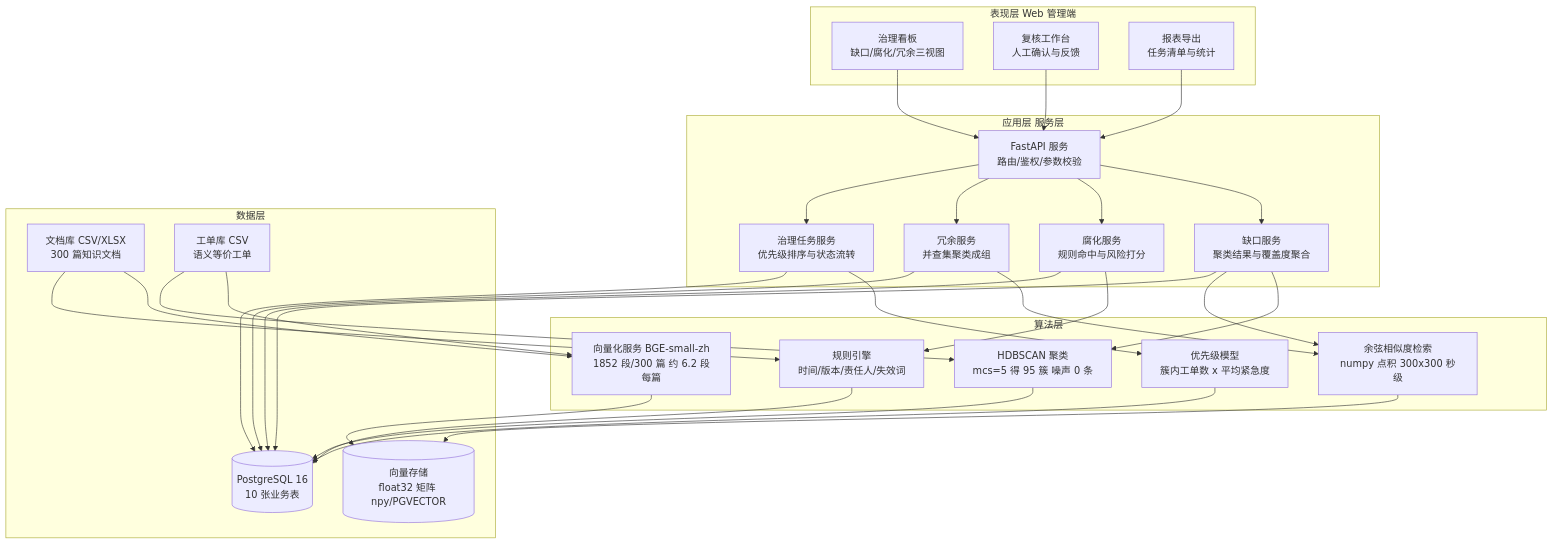
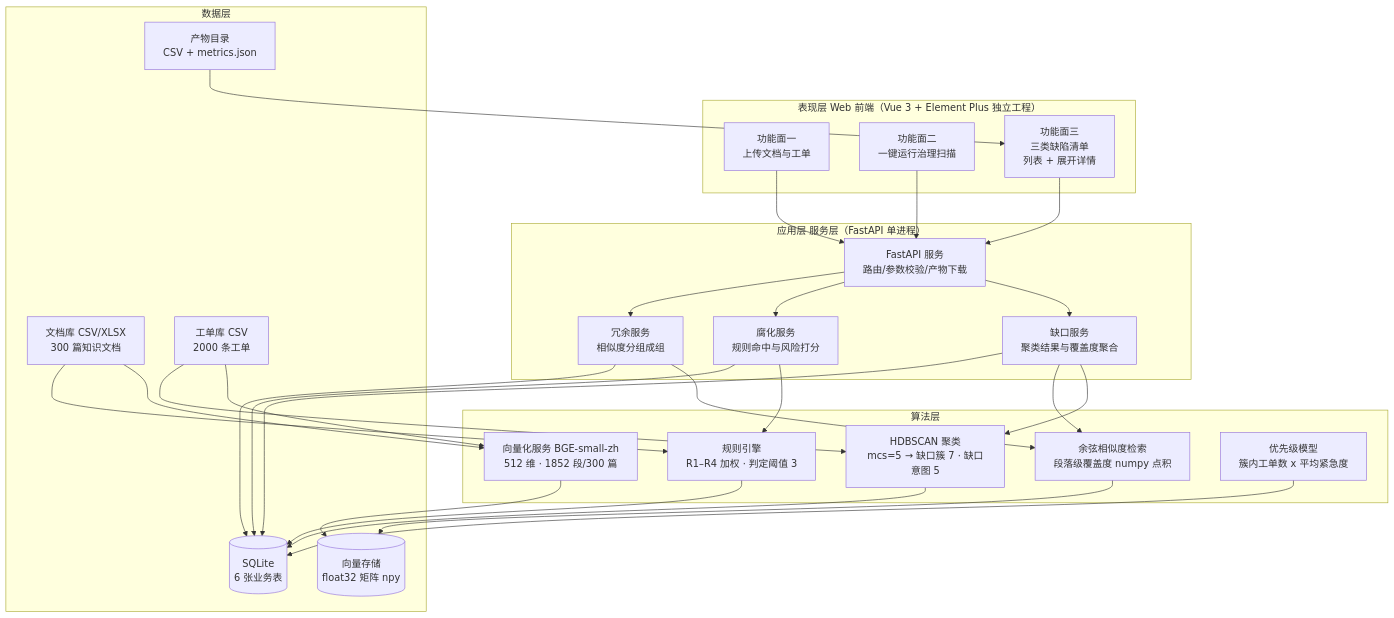
The diagram in poc/kbgovernance/figures/01-系统架构图.md (meisijiya/kb-quality-governance), drawn with Mermaid before and after one commit. The commit also changed other lines of this file and 36 other files, not shown here.

````diff
--- a/poc/kbgovernance/figures/01-系统架构图.md
+++ b/poc/kbgovernance/figures/01-系统架构图.md
@@ -5,57 +7,55 @@
 ```mermaid
 graph TB
-  subgraph L1["表现层 Web 管理端"]
-    UI1["治理看板<br/>缺口/腐化/冗余三视图"]
-    UI2["复核工作台<br/>人工确认与反馈"]
-    UI3["报表导出<br/>任务清单与统计"]
+  subgraph L1["表现层 Web 前端（Vue 3 + Element Plus 独立工程）"]
+    UI1["功能面一<br/>上传文档与工单"]
+    UI2["功能面二<br/>一键运行治理扫描"]
+    UI3["功能面三<br/>三类缺陷清单<br/>列表 + 展开详情"]
   end
 
-  subgraph L2["应用层 服务层"]
-    API["FastAPI 服务<br/>路由/鉴权/参数校验"]
+  subgraph L2["应用层 服务层（FastAPI 单进程）"]
+    API["FastAPI 服务<br/>路由/参数校验/产物下载"]
     SVC_GAP["缺口服务<br/>聚类结果与覆盖度聚合"]
     SVC_STALE["腐化服务<br/>规则命中与风险打分"]
-    SVC_DUP["冗余服务<br/>并查集聚类成组"]
-    SVC_TASK["治理任务服务<br/>优先级排序与状态流转"]
+    SVC_DUP["冗余服务<br/>相似度分组成组"]
   end
 
   subgraph L3["算法层"]
-    A_EMB["向量化服务 BGE-small-zh<br/>1852 段/300 篇 约 6.2 段每篇"]
-    A_CLU["HDBSCAN 聚类<br/>mcs=5 得 95 簇 噪声 0 条"]
-    A_RET["余弦相似度检索<br/>numpy 点积 300x300 秒级"]
-    A_RUL["规则引擎<br/>时间/版本/责任人/失效词"]
+    A_EMB["向量化服务 BGE-small-zh<br/>512 维 · 1852 段/300 篇"]
+    A_CLU["HDBSCAN 聚类<br/>mcs=5 → 缺口簇 7 · 缺口意图 5"]
+    A_RET["余弦相似度检索<br/>段落级覆盖度 numpy 点积"]
+    A_RUL["规则引擎<br/>R1–R4 加权 · 判定阈值 3"]
     A_PRIO["优先级模型<br/>簇内工单数 x 平均紧急度"]
   end
 
   subgraph L4["数据层"]
-    DB1[("PostgreSQL 16<br/>10 张业务表")]
-    DB2[("向量存储<br/>float32 矩阵 npy/PGVECTOR")]
+    DB1[("SQLite<br/>6 张业务表")]
+    DB2[("向量存储<br/>float32 矩阵 npy")]
     FS1["文档库 CSV/XLSX<br/>300 篇知识文档"]
-    FS2["工单库 CSV<br/>语义等价工单"]
+    FS2["工单库 CSV<br/>2000 条工单"]
+    FS3["产物目录<br/>CSV + metrics.json"]
   end
 
   UI1 --> API
   UI2 --> API
   UI3 --> API
   API --> SVC_GAP
   API --> SVC_STALE
   API --> SVC_DUP
-  API --> SVC_TASK
   SVC_GAP --> A_CLU
   SVC_GAP --> A_RET
   SVC_STALE --> A_RUL
   SVC_DUP --> A_RET
-  SVC_TASK --> A_PRIO
   A_EMB --> DB2
   A_RET --> DB2
   A_CLU --> DB1
   A_RUL --> DB1
   A_PRIO --> DB1
   SVC_GAP --> DB1
   SVC_STALE --> DB1
   SVC_DUP --> DB1
-  SVC_TASK --> DB1
   FS1 --> A_EMB
   FS1 --> A_RUL
   FS2 --> A_EMB
   FS2 --> A_CLU
+  FS3 --> UI3
 ```
````
